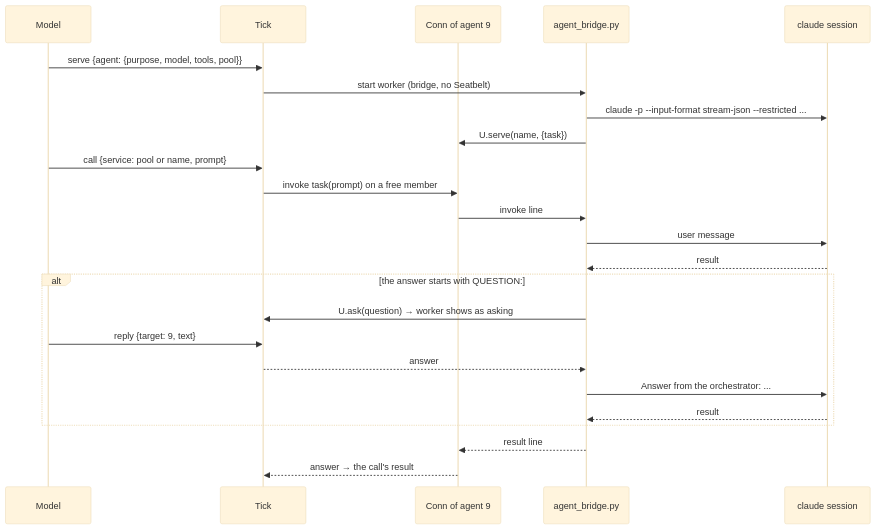
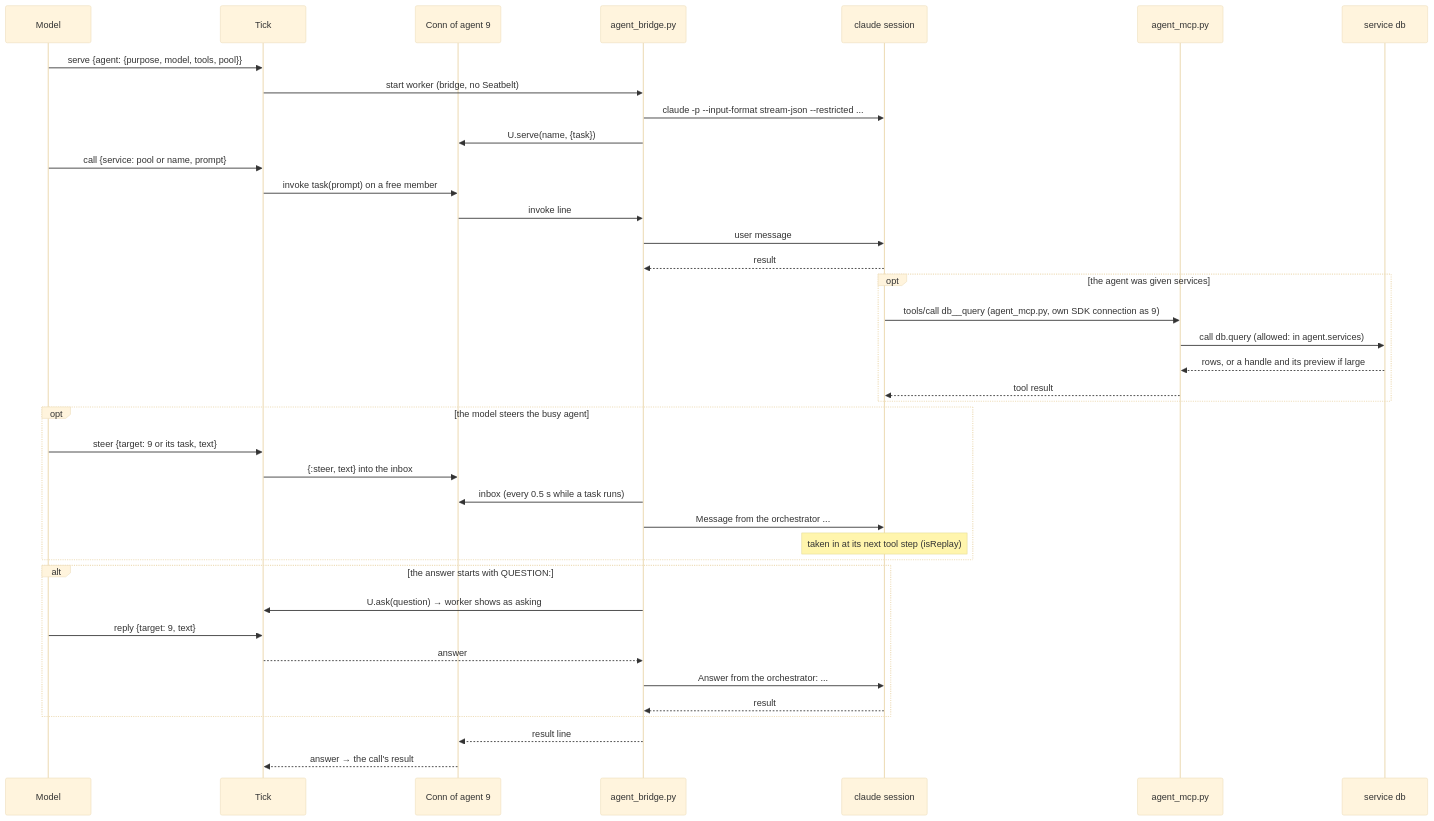
One commit to asx8678/universe changed the fourth of 5 diagrams in docs/ARCHITECTURE.md. Above: the diagram before and after it, drawn with Mermaid (base theme). The commit also changed other lines of this file and 42 other files, not shown here.

````diff
--- a/docs/ARCHITECTURE.md
+++ b/docs/ARCHITECTURE.md
@@ -167,27 +172,42 @@
 ```mermaid
 sequenceDiagram
   participant M as Model
   participant T as Tick
   participant C as Conn of agent 9
   participant B as agent_bridge.py
   participant CL as claude session
+  participant X2 as agent_mcp.py
+  participant S as service db
 
   M->>T: serve {agent: {purpose, model, tools, pool}}
   T->>B: start worker (bridge, no Seatbelt)
   B->>CL: claude -p --input-format stream-json --restricted ...
   B->>C: U.serve(name, {task})
   M->>T: call {service: pool or name, prompt}
   T->>C: invoke task(prompt) on a free member
   C->>B: invoke line
   B->>CL: user message
   CL-->>B: result
+  opt the agent was given services
+    CL->>X2: tools/call db__query (agent_mcp.py, own SDK connection as 9)
+    X2->>S: call db.query (allowed: in agent.services)
+    S-->>X2: rows, or a handle and its preview if large
+    X2-->>CL: tool result
+  end
+  opt the model steers the busy agent
+    M->>T: steer {target: 9 or its task, text}
+    T->>C: {:steer, text} into the inbox
+    B->>C: inbox (every 0.5 s while a task runs)
+    B->>CL: Message from the orchestrator ...
+    Note over CL: taken in at its next tool step (isReplay)
+  end
   alt the answer starts with QUESTION:
     B->>T: U.ask(question) → worker shows as asking
     M->>T: reply {target: 9, text}
     T-->>B: answer
     B->>CL: Answer from the orchestrator: ...
     CL-->>B: result
   end
   B-->>C: result line
   C-->>T: answer → the call's result
 ```
````
